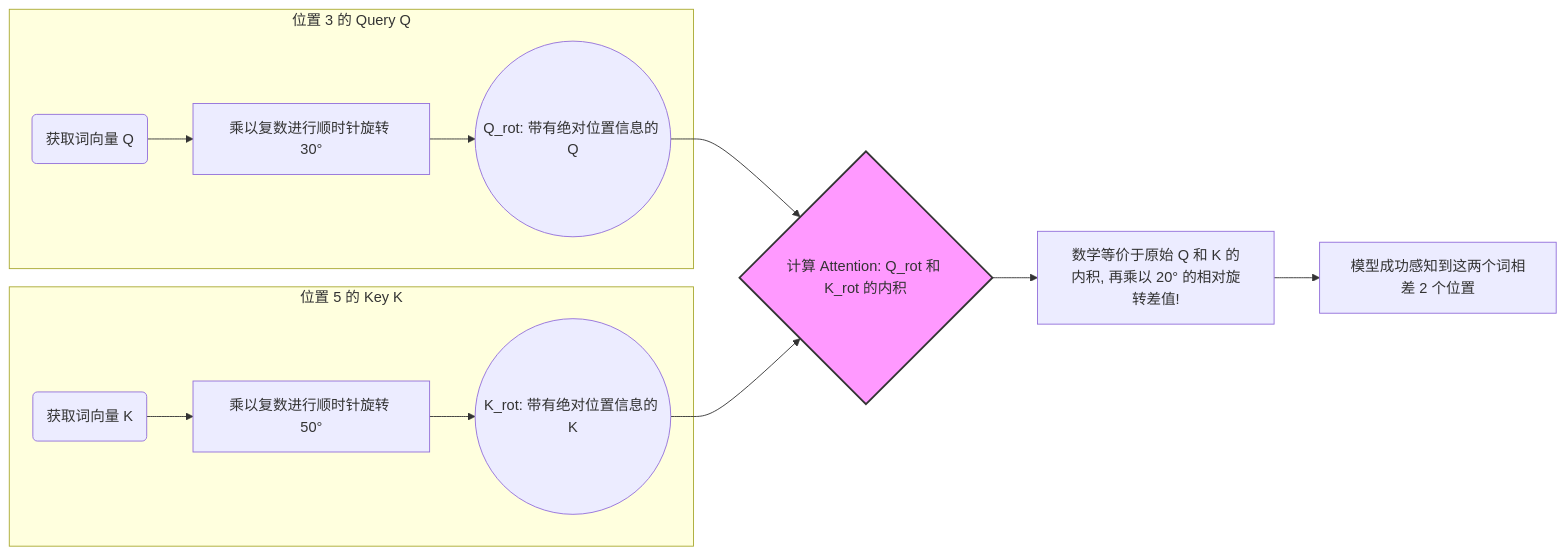
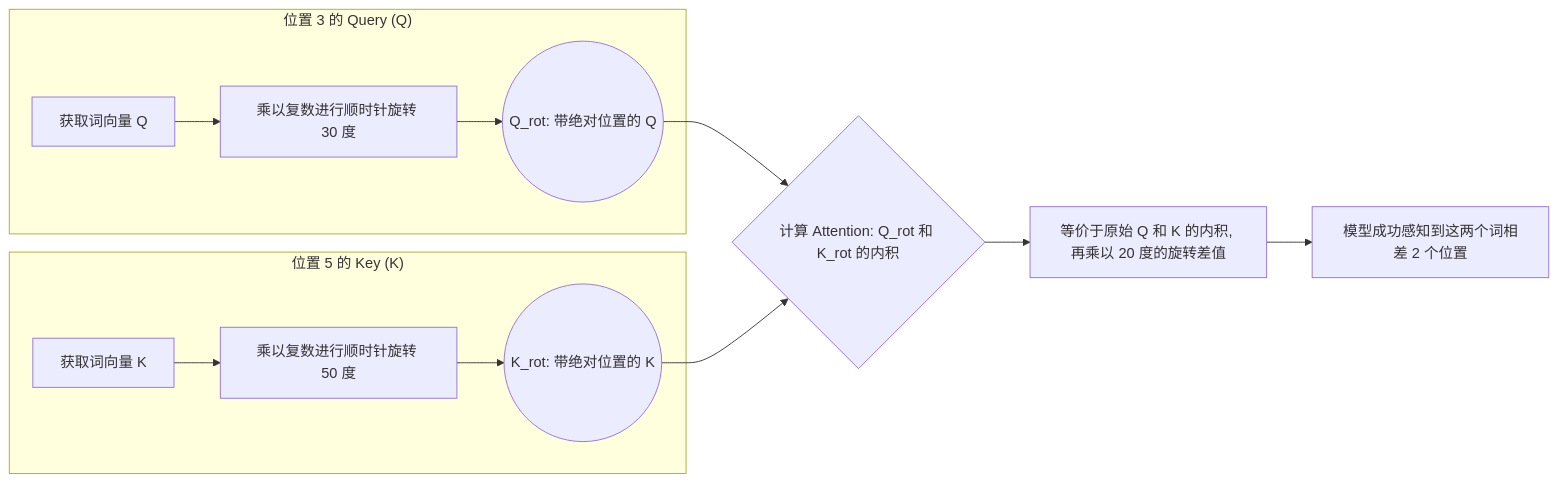
Before and after one commit to thisisjayden/ai-learning: the second of 2 diagrams in learn_path/01_1_Transformer_Core_KVCache_RoPE.md, drawn with Mermaid. The commit also changed other lines of this file and 1 other file, not shown here.

Commit message:
fix: strictly quote all Mermaid node labels to ensure GitHub compatibility

````diff
--- a/learn_path/01_1_Transformer_Core_KVCache_RoPE.md
+++ b/learn_path/01_1_Transformer_Core_KVCache_RoPE.md
@@ -86,21 +86,18 @@
 ```mermaid
 graph LR
-    subgraph Q3 [位置 3 的 Query Q]
-        A(获取词向量 Q) --> B[乘以复数进行顺时针旋转 30°]
-        B --> C((Q_rot: 带有绝对位置信息的 Q))
+    subgraph Q3["位置 3 的 Query (Q)"]
+        A["获取词向量 Q"] --> B["乘以复数进行顺时针旋转 30 度"]
+        B --> C(("Q_rot: 带绝对位置的 Q"))
     end
     
-    subgraph K5 [位置 5 的 Key K]
-        D(获取词向量 K) --> E[乘以复数进行顺时针旋转 50°]
-        E --> F((K_rot: 带有绝对位置信息的 K))
+    subgraph K5["位置 5 的 Key (K)"]
+        D["获取词向量 K"] --> E["乘以复数进行顺时针旋转 50 度"]
+        E --> F(("K_rot: 带绝对位置的 K"))
     end
     
-    C --> G{计算 Attention: Q_rot 和 K_rot 的内积}
+    C --> G{"计算 Attention: Q_rot 和 K_rot 的内积"}
     F --> G
     
-    G --> H[数学等价于原始 Q 和 K 的内积, 再乘以 20° 的相对旋转差值!]
-    H --> I[模型成功感知到这两个词相差 2 个位置]
-    
-    classDef highlight fill:#f9f,stroke:#333,stroke-width:2px;
-    class G highlight;
+    G --> H["等价于原始 Q 和 K 的内积, 再乘以 20 度的旋转差值"]
+    H --> I["模型成功感知到这两个词相差 2 个位置"]
 ```
````
